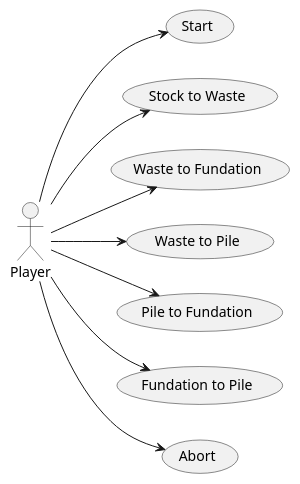
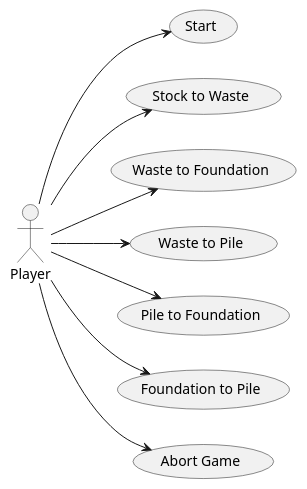
The diagram in useCaseView/usecases.puml (ciscoruiz/klondike), drawn with PlantUML before and after one commit. The commit also changed 10 other files, not shown here.

Commit message:
Create activity diagrams for all Use Cases

```diff
--- a/useCaseView/usecases.puml
+++ b/useCaseView/usecases.puml
@@ -1,19 +1,20 @@
 @startuml
 left to right direction
 
 usecase "Start" as UC0
 usecase "Stock to Waste" as UC1
-usecase "Waste to Fundation" as UC2
+usecase "Waste to Foundation" as UC2
 usecase "Waste to Pile" as UC3
-usecase "Pile to Fundation" as UC4
-usecase "Fundation to Pile" as UC5
-usecase "Abort" as UCN
+usecase "Pile to Foundation" as UC4
+usecase "Pile to Pile" as UC5
+usecase "Foundation to Pile" as UC5
+usecase "Abort Game" as UCN
 
 Player --> UC0
 Player --> UC1
 Player --> UC2
 Player --> UC3
 Player --> UC4
 Player --> UC5
 Player --> UCN
 @enduml
```
